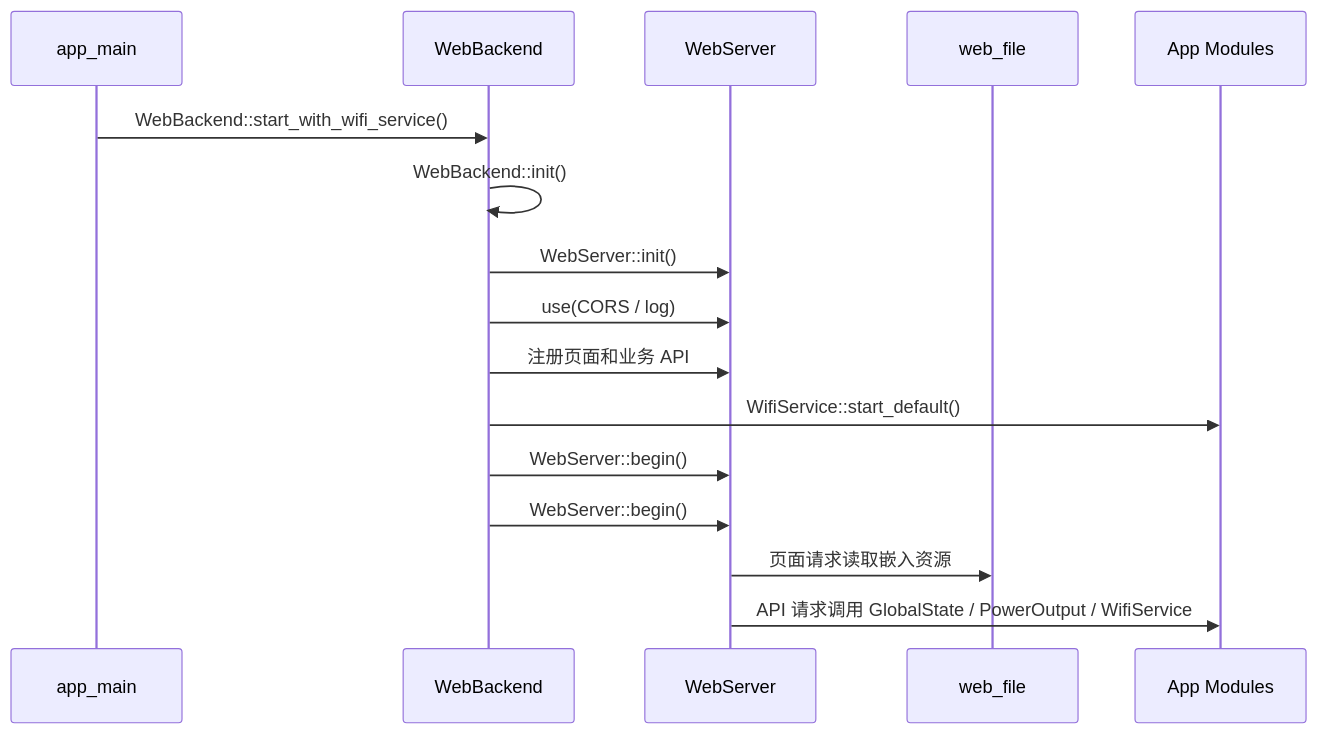
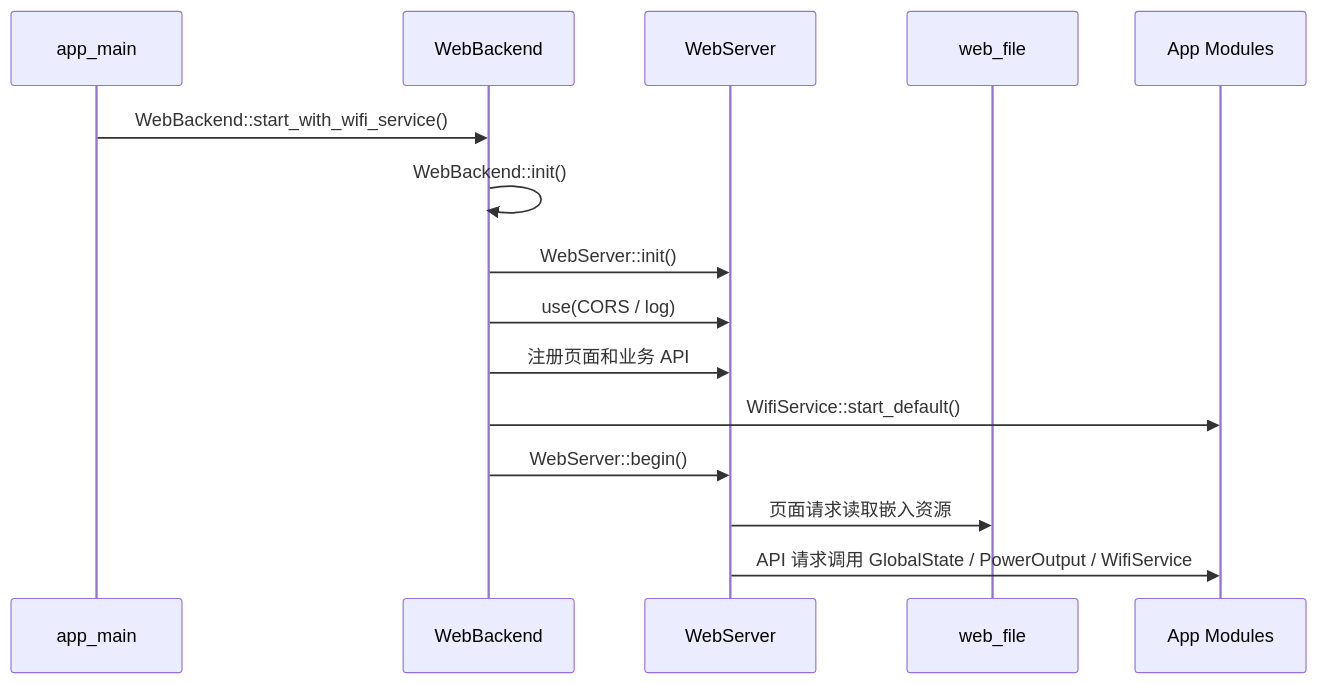
Before and after one commit to qingmeijiupiao/Wireless_power_meter_lite: the diagram in components/app/web_backend/README.md, drawn with Mermaid. The commit also changed other lines of this file and 2 other files, not shown here.

````diff
--- a/components/app/web_backend/README.md
+++ b/components/app/web_backend/README.md
@@ -176,19 +210,18 @@
 ```mermaid
 sequenceDiagram
     participant Main as app_main
     participant WB as WebBackend
     participant WS as WebServer
     participant WF as web_file
     participant App as App Modules
 
     Main->>WB: WebBackend::start_with_wifi_service()
     WB->>WB: WebBackend::init()
     WB->>WS: WebServer::init()
     WB->>WS: use(CORS / log)
     WB->>WS: 注册页面和业务 API
     WB->>App: WifiService::start_default()
     WB->>WS: WebServer::begin()
-    WB->>WS: WebServer::begin()
     WS->>WF: 页面请求读取嵌入资源
     WS->>App: API 请求调用 GlobalState / PowerOutput / WifiService
 ```
````
